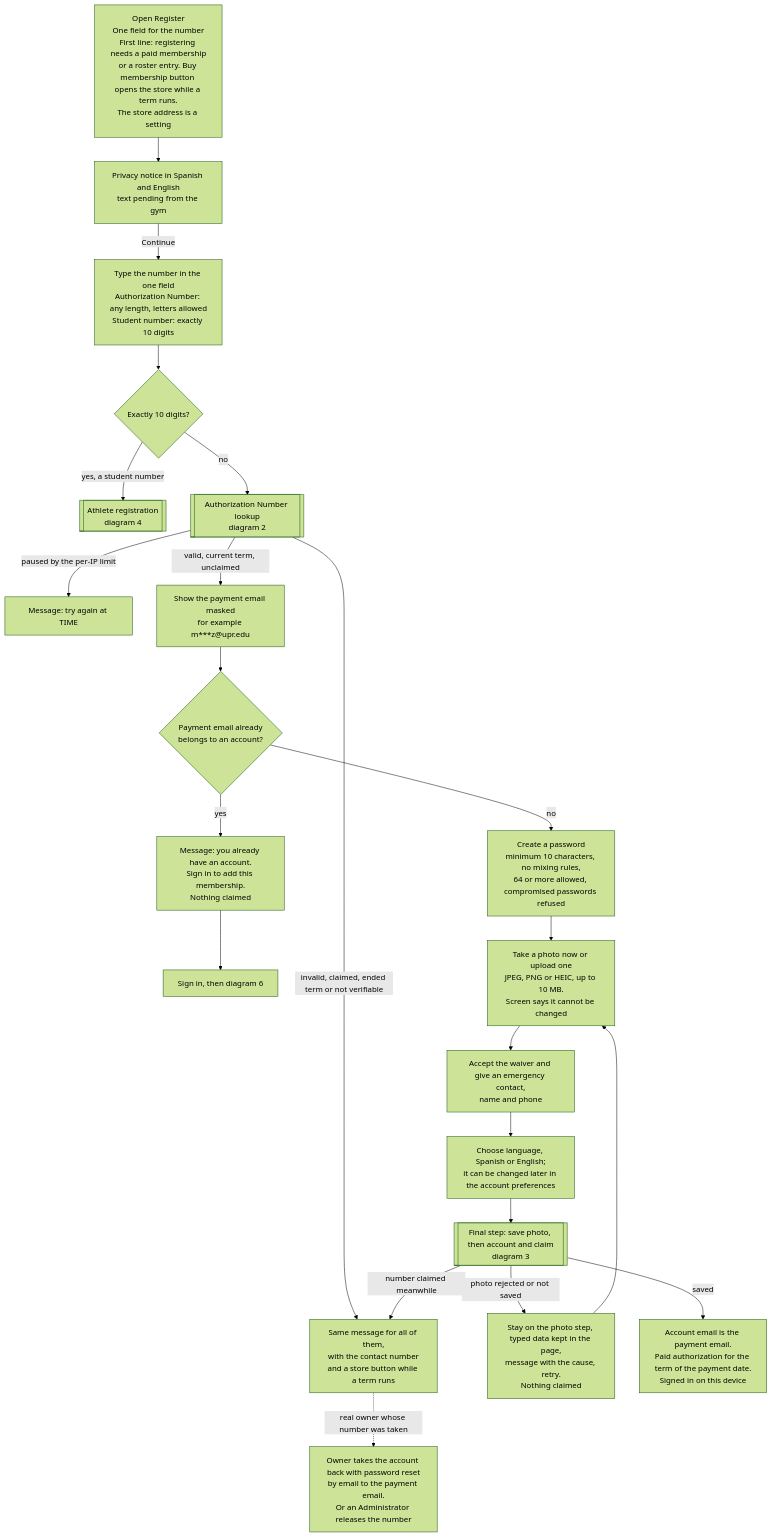
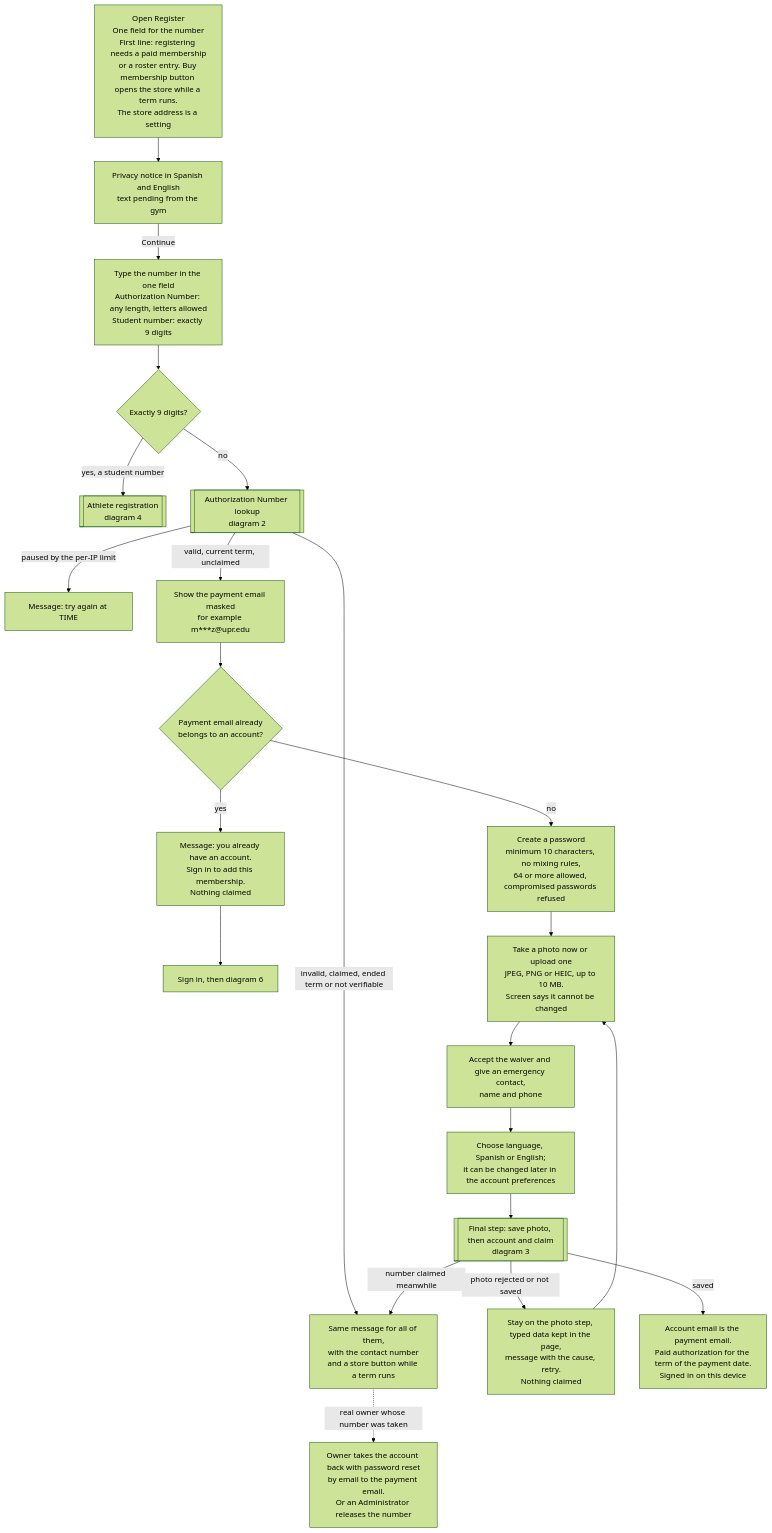
One commit to Th3-Minorities/natatorio-gym-app changed the first of 8 diagrams in docs/design/registration-flows.md. Above: the diagram before and after it, drawn with Mermaid (forest theme). The commit also changed other lines of this file and 5 other files, not shown here.

````diff
--- a/docs/design/registration-flows.md
+++ b/docs/design/registration-flows.md
@@ -22,24 +22,24 @@
 ```mermaid
 flowchart TD
   START["Open Register<br/>One field for the number<br/>First line: registering needs a paid membership<br/>or a roster entry. Buy membership button opens the store while a term runs.<br/>The store address is a setting"] --> PN["Privacy notice in Spanish and English<br/>text pending from the gym"]
-  PN -->|"Continue"| NUM["Type the number in the one field<br/>Authorization Number: any length, letters allowed<br/>Student number: exactly 10 digits"]
-  NUM --> KIND{"Exactly 10 digits?"}
+  PN -->|"Continue"| NUM["Type the number in the one field<br/>Authorization Number: any length, letters allowed<br/>Student number: exactly 9 digits"]
+  NUM --> KIND{"Exactly 9 digits?"}
   KIND -->|"yes, a student number"| ATH[["Athlete registration<br/>diagram 4"]]
   KIND -->|"no"| LK[["Authorization Number lookup<br/>diagram 2"]]
   LK -->|"invalid, claimed, ended term or not verifiable"| M1["Same message for all of them,<br/>with the contact number<br/>and a store button while a term runs"]
   LK -->|"paused by the per-IP limit"| M3["Message: try again at TIME"]
   LK -->|"valid, current term, unclaimed"| MASK["Show the payment email masked<br/>for example m***z@upr.edu"]
   MASK --> HAS{"Payment email already<br/>belongs to an account?"}
   HAS -->|"yes"| REN["Message: you already have an account.<br/>Sign in to add this membership.<br/>Nothing claimed"]
   REN --> SI["Sign in, then diagram 6"]
   HAS -->|"no"| PW["Create a password<br/>minimum 10 characters, no mixing rules,<br/>64 or more allowed, compromised passwords refused"]
   PW --> PH["Take a photo now or upload one<br/>JPEG, PNG or HEIC, up to 10 MB.<br/>Screen says it cannot be changed"]
   PH --> WV["Accept the waiver and give an emergency contact,<br/>name and phone"]
   WV --> LG["Choose language, Spanish or English;<br/>it can be changed later in the account preferences"]
   LG --> FIN[["Final step: save photo, then account and claim<br/>diagram 3"]]
   FIN -->|"photo rejected or not saved"| PF["Stay on the photo step, typed data kept in the page,<br/>message with the cause, retry.<br/>Nothing claimed"]
   PF --> PH
   FIN -->|"number claimed meanwhile"| M1
   FIN -->|"saved"| OK["Account email is the payment email.<br/>Paid authorization for the term of the payment date.<br/>Signed in on this device"]
   M1 -.->|"real owner whose number was taken"| RO["Owner takes the account back with password reset<br/>by email to the payment email.<br/>Or an Administrator releases the number"]
 ```
````
